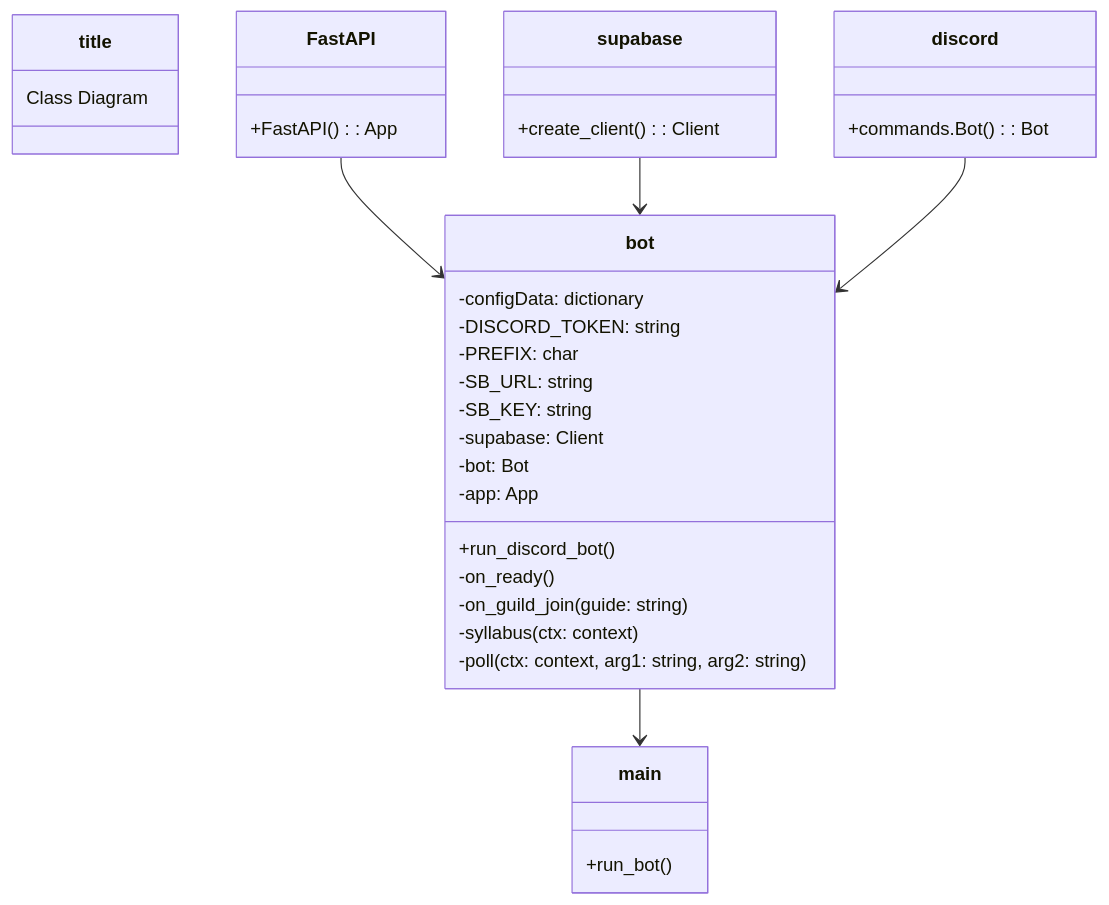
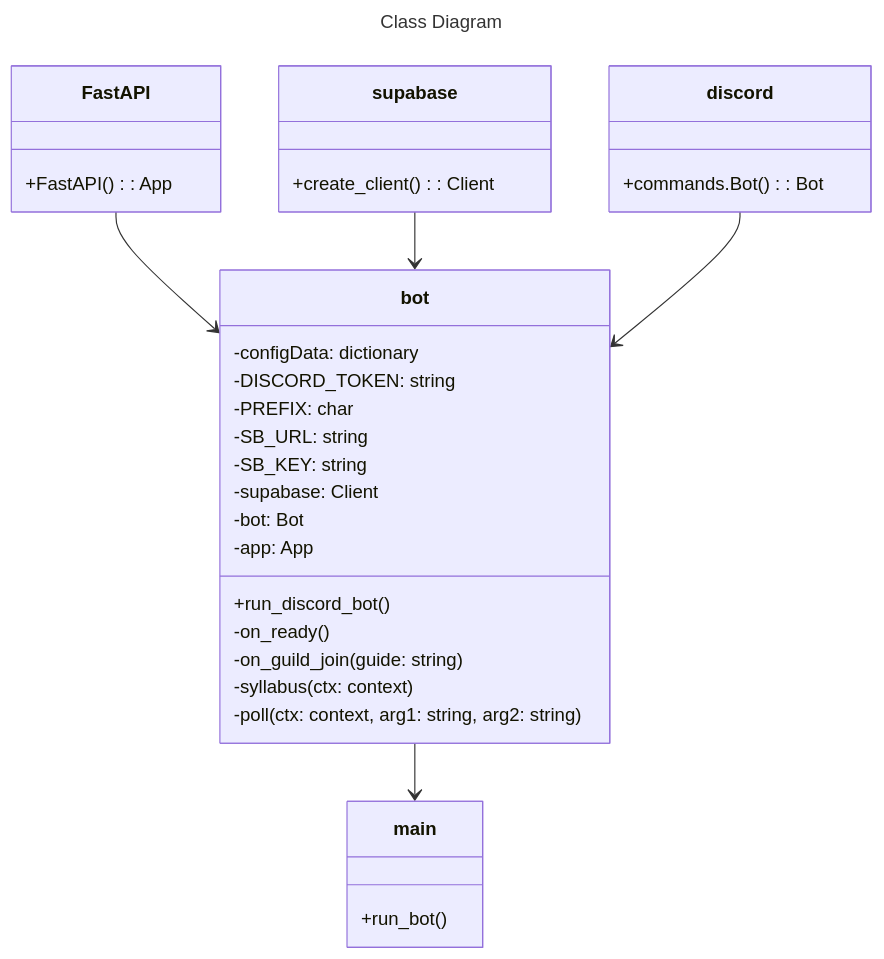
Before and after one commit to Capstone-Projects-2023-Spring/project-discord-classroom: the first of 7 diagrams in documentation/docs/system-architecture/design.md, drawn with Mermaid.

````diff
--- a/documentation/docs/system-architecture/design.md
+++ b/documentation/docs/system-architecture/design.md
@@ -7,35 +7,37 @@
 ```mermaid
+---
+title: Class Diagram
+---
 classDiagram
-title: Class Diagram
     bot --> main
     FastAPI --> bot
     supabase --> bot
     discord --> bot
     class main{
         +run_bot()
     }
     class bot{
         -configData: dictionary
         -DISCORD_TOKEN: string
         -PREFIX: char
         -SB_URL: string
         -SB_KEY: string
         -supabase: Client
         -bot: Bot
         -app: App
         +run_discord_bot()
         -on_ready()
         -on_guild_join(guide: string)
         -syllabus(ctx: context)
         -poll(ctx: context, arg1: string, arg2: string)
     }
     class FastAPI{
         +FastAPI(): App
     }
     class supabase{
         +create_client(): Client
     }
     class discord{
         +commands.Bot(): Bot
     }
 ```
````
